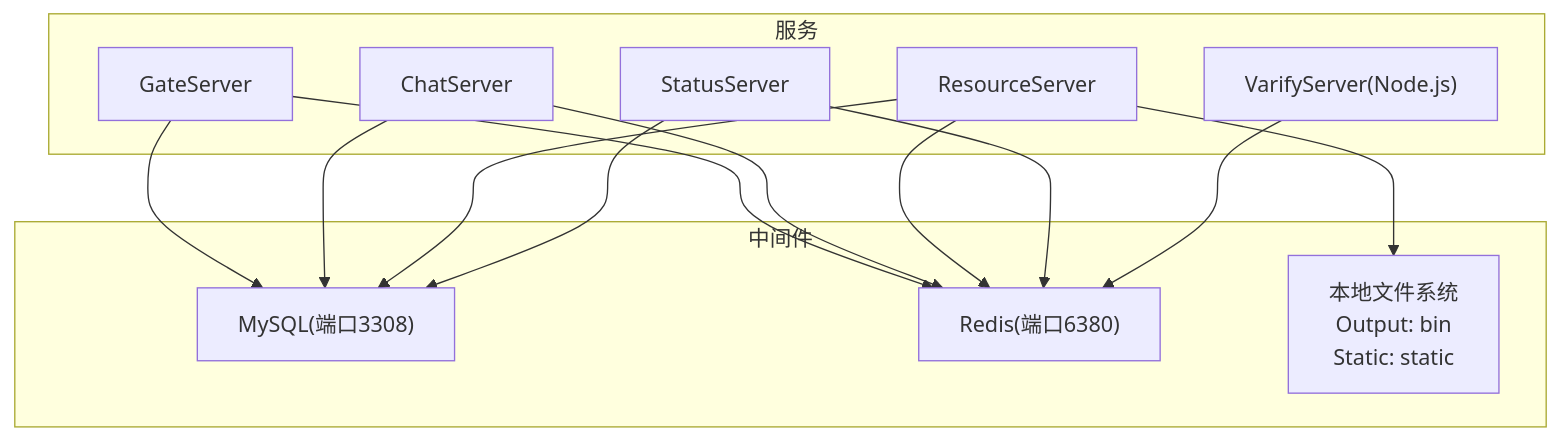
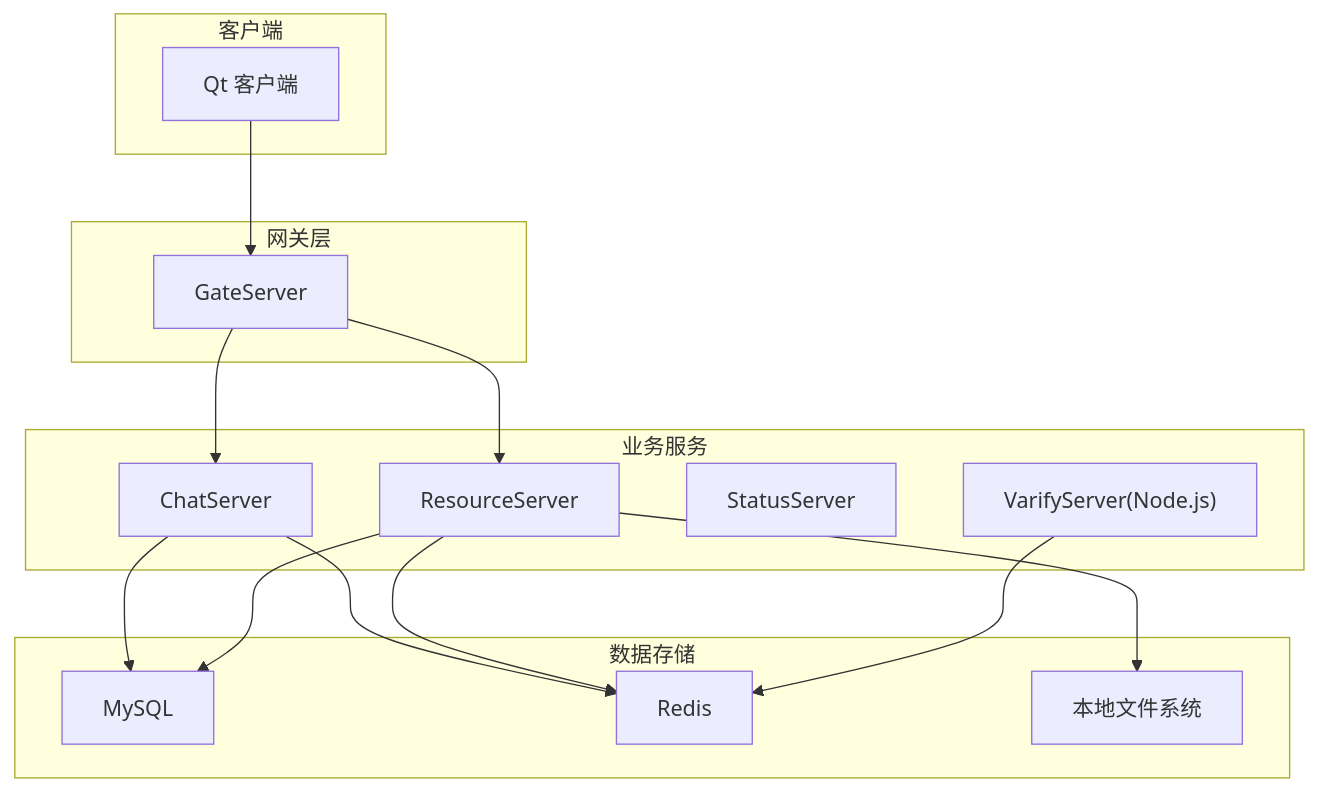
Before and after one commit to echo9923/mychatter: the first of 8 diagrams in .qoder/repowiki/zh/content/部署运维/备份恢复.md, drawn with Mermaid. The commit also changed other lines of this file and 526 other files, not shown here.

````diff
--- a/.qoder/repowiki/zh/content/部署运维/备份恢复.md
+++ b/.qoder/repowiki/zh/content/部署运维/备份恢复.md
@@ -43,25 +51,29 @@
 ```mermaid
 graph TB
-subgraph "服务"
-Gate["GateServer"]
-Chat["ChatServer"]
-Resource["ResourceServer"]
-Status["StatusServer"]
-Verify["VarifyServer(Node.js)"]
+subgraph "客户端"
+C["Qt 客户端"]
 end
-subgraph "中间件"
-MySQL["MySQL(端口3308)"]
-Redis["Redis(端口6380)"]
-FS["本地文件系统<br/>Output: bin<br/>Static: static"]
+subgraph "网关层"
+G["GateServer"]
 end
-Gate --> MySQL
-Gate --> Redis
-Chat --> MySQL
-Chat --> Redis
-Resource --> MySQL
-Resource --> Redis
-Resource --> FS
-Status --> MySQL
-Status --> Redis
-Verify --> Redis
+subgraph "业务服务"
+CS["ChatServer"]
+RS["ResourceServer"]
+SS["StatusServer"]
+VS["VarifyServer(Node.js)"]
+end
+subgraph "数据存储"
+M["MySQL"]
+R["Redis"]
+FS["本地文件系统"]
+end
+C --> G
+G --> CS
+G --> RS
+CS --> M
+CS --> R
+RS --> M
+RS --> R
+RS --> FS
+VS --> R
 ```
````
